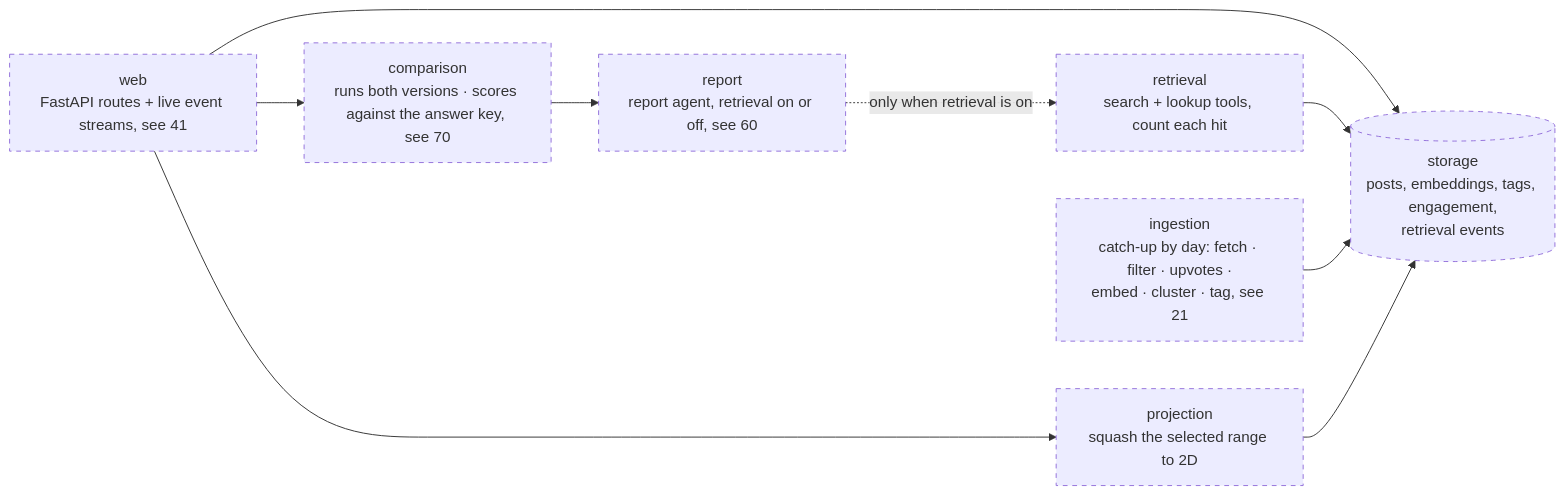
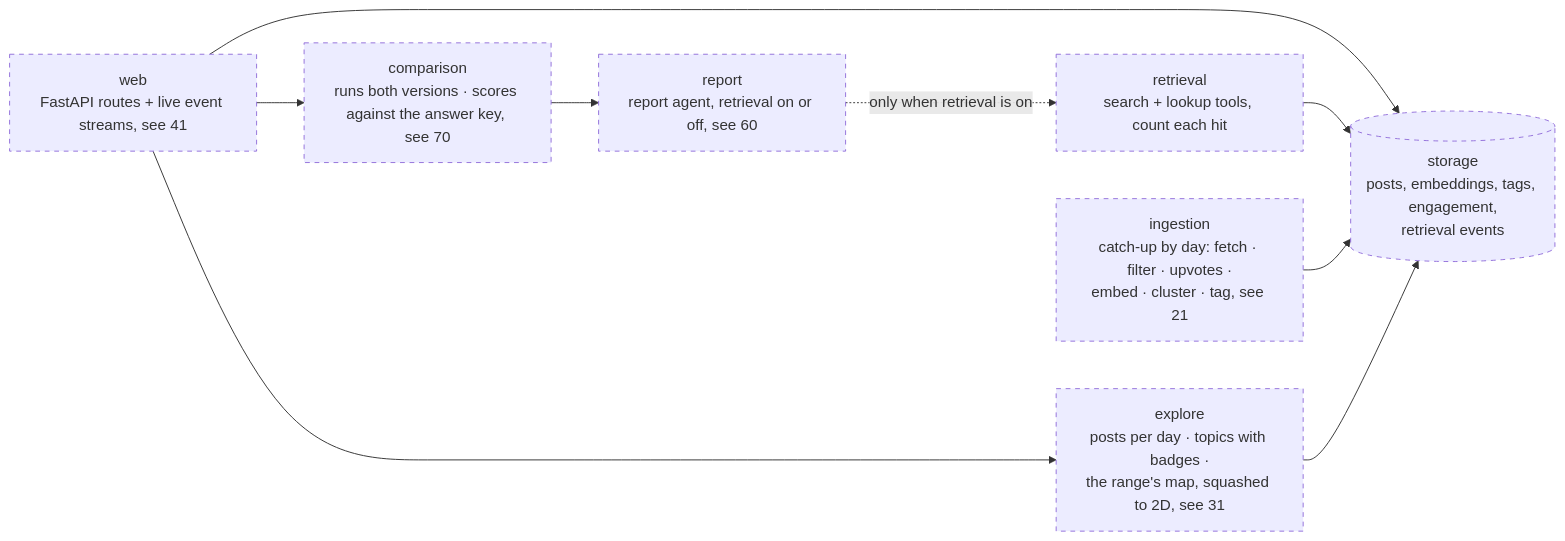
Before and after one commit to brianaderer/transcendent: the first of 2 diagrams in docs/atlas/40-backend.md, drawn with Mermaid. The commit also changed other lines of this file and 2 other files, not shown here.

Commit message:
Atlas: 40 draws the explore module (the Explore reads with the map) as built; OPEN-32 withdrawn, a proposal corrected rather than a question

````diff
--- a/docs/atlas/40-backend.md
+++ b/docs/atlas/40-backend.md
@@ -33,21 +33,21 @@
 ```mermaid
 flowchart LR
     WEB["web<br/>FastAPI routes + live event streams, see 41"]
     ING["ingestion<br/>catch-up by day: fetch · filter · upvotes ·<br/>embed · cluster · tag, see 21"]
     STORE[("storage<br/>posts, embeddings, tags, engagement,<br/>retrieval events")]
     RET["retrieval<br/>search + lookup tools, count each hit"]
     REP["report<br/>report agent, retrieval on or off, see 60"]
     CMP["comparison<br/>runs both versions · scores against the answer key, see 70"]
-    MAP["projection<br/>squash the selected range to 2D"]
+    MAP["explore<br/>posts per day · topics with badges ·<br/>the range's map, squashed to 2D, see 31"]
 
     WEB --> CMP
     WEB --> MAP
     WEB --> STORE
     CMP --> REP
     REP -.->|"only when retrieval is on"| RET
     RET --> STORE
     ING --> STORE
     MAP --> STORE
     classDef open stroke-dasharray: 5 5
     class WEB,ING,STORE,RET,REP,CMP,MAP open
 ```
````
